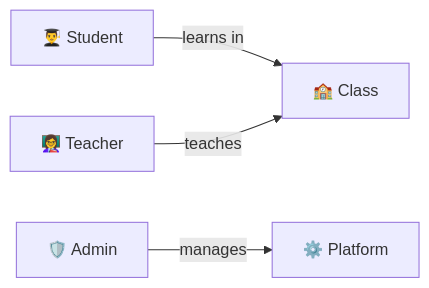
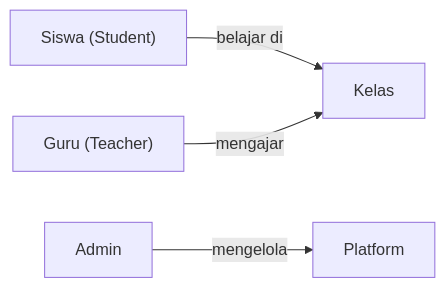
Before and after one commit to AI-Powered-Edtech/LMS: the first of 2 diagrams in docs/USERFLOW.md, drawn with Mermaid. The commit also changed other lines of this file and 89 other files, not shown here.

````diff
--- a/docs/USERFLOW.md
+++ b/docs/USERFLOW.md
@@ -5,10 +5,10 @@
 ```mermaid
 graph LR
-    S["👨‍🎓 Student"]
-    T["👩‍🏫 Teacher"]
-    A["🛡️ Admin"]
-    
-    S --> |learns in| CLASS["🏫 Class"]
-    T --> |teaches| CLASS
-    A --> |manages| PLATFORM["⚙️ Platform"]
+    S["Siswa (Student)"]
+    T["Guru (Teacher)"]
+    A["Admin"]
+
+    S --> |belajar di| CLASS["Kelas"]
+    T --> |mengajar| CLASS
+    A --> |mengelola| PLATFORM["Platform"]
 ```
````
